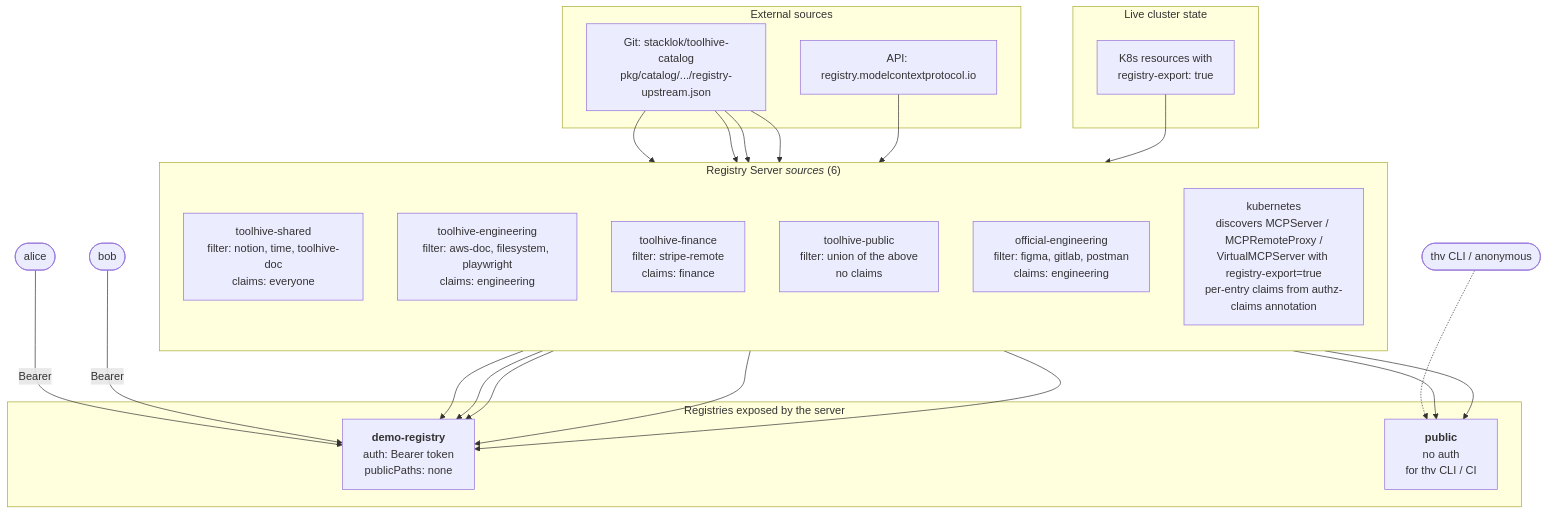
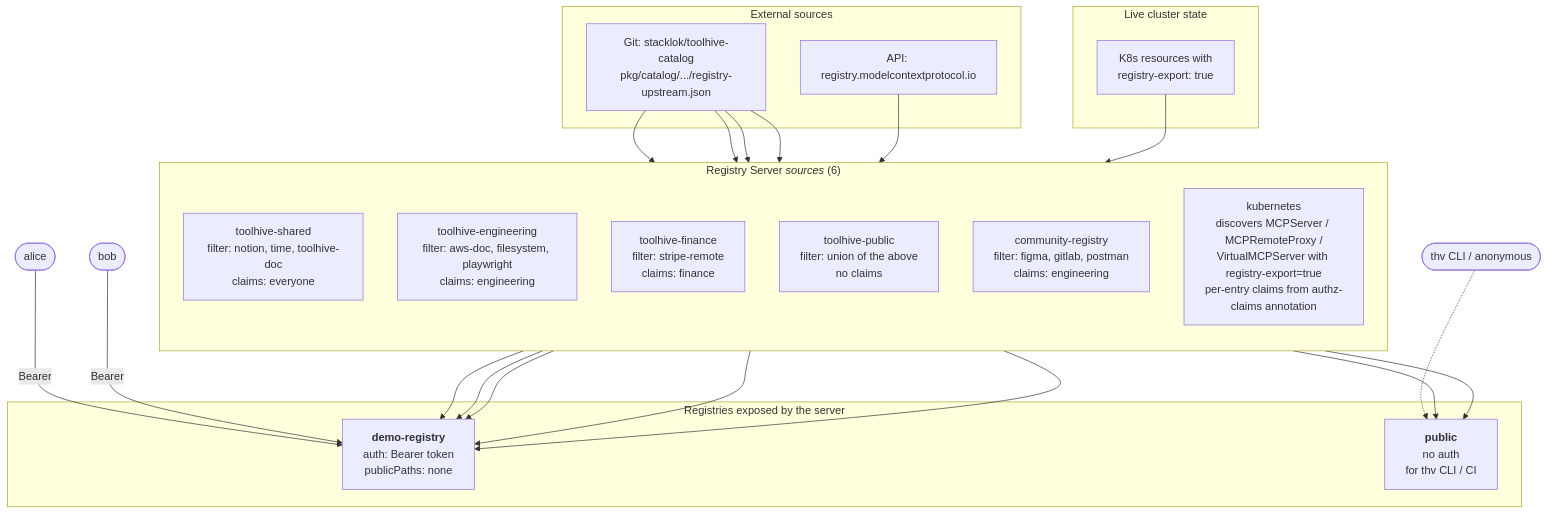
One commit to StacklokLabs/toolhive-demo-sandbox changed the third of 4 diagrams in ARCHITECTURE.md. Above: the diagram before and after it, drawn with Mermaid. The commit also changed 1 other file, not shown here.

Commit message:
Rename community registry source

````diff
--- a/ARCHITECTURE.md
+++ b/ARCHITECTURE.md
@@ -125,45 +125,45 @@
 ```mermaid
 graph TB
   subgraph external[External sources]
     gitCat[Git: stacklok/toolhive-catalog<br/>pkg/catalog/.../registry-upstream.json]
     mcpApi[API: registry.modelcontextprotocol.io]
   end
 
   subgraph inCluster[Live cluster state]
     k8sRes[K8s resources with<br/>registry-export: true]
   end
 
   subgraph sources["Registry Server <i>sources</i> (6)"]
     direction TB
     s1["toolhive-shared<br/>filter: notion, time, toolhive-doc<br/>claims: everyone"]
     s2["toolhive-engineering<br/>filter: aws-doc, filesystem, playwright<br/>claims: engineering"]
     s3["toolhive-finance<br/>filter: stripe-remote<br/>claims: finance"]
     s4["toolhive-public<br/>filter: union of the above<br/>no claims"]
-    s5["official-engineering<br/>filter: figma, gitlab, postman<br/>claims: engineering"]
+    s5["community-registry<br/>filter: figma, gitlab, postman<br/>claims: engineering"]
     s6["kubernetes<br/>discovers MCPServer / MCPRemoteProxy /<br/>VirtualMCPServer with registry-export=true<br/>per-entry claims from authz-claims annotation"]
   end
 
   subgraph registries["Registries exposed by the server"]
     demoReg["<b>demo-registry</b><br/>auth: Bearer token<br/>publicPaths: none"]
     pubReg["<b>public</b><br/>no auth<br/>for thv CLI / CI"]
   end
 
   gitCat --> s1
   gitCat --> s2
   gitCat --> s3
   gitCat --> s4
   mcpApi --> s5
   k8sRes --> s6
 
   s1 --> demoReg
   s2 --> demoReg
   s3 --> demoReg
   s5 --> demoReg
   s6 --> demoReg
   s6 --> pubReg
   s4 --> pubReg
 
   alice([alice]) -->|Bearer| demoReg
   bob([bob]) -->|Bearer| demoReg
   cli([thv CLI / anonymous]) -.-> pubReg
 ```
````
